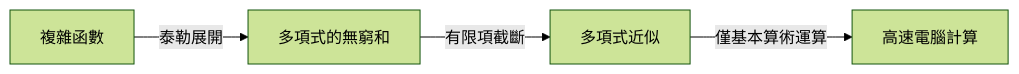
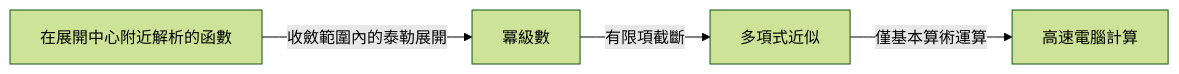
The diagram in content/post/taylor-and-maclaurin-series/index.zh-tw.md (kenjinote/blog), drawn with Mermaid (forest theme) before and after one commit. The commit also changed other lines of this file and 8 other files, not shown here.

````diff
--- a/content/post/taylor-and-maclaurin-series/index.zh-tw.md
+++ b/content/post/taylor-and-maclaurin-series/index.zh-tw.md
@@ -25,6 +26,6 @@
 ```mermaid
 flowchart LR
-    A["複雜函數"] -->|"泰勒展開"| B["多項式的無窮和"]
+    A["在展開中心附近解析的函數"] -->|"收斂範圍內的泰勒展開"| B["冪級數"]
     B -->|"有限項截斷"| C["多項式近似"]
     C -->|"僅基本算術運算"| D["高速電腦計算"]
 ```
````
